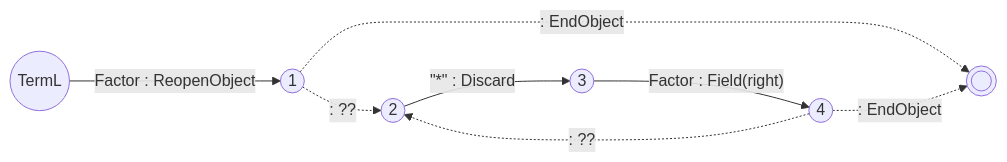
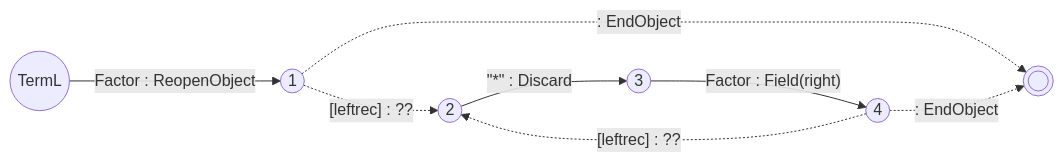
The seventh of 7 diagrams in Blog/GLR-Refactoring/Mermaid.md (vczh-websites/vczh), drawn with Mermaid before and after one commit.

````diff
--- a/Blog/GLR-Refactoring/Mermaid.md
+++ b/Blog/GLR-Refactoring/Mermaid.md
@@ -82,10 +82,10 @@
 ```mermaid
 graph LR
   S((TermL))-- Factor : ReopenObject --> 1
   1((1))-. : EndObject .->E((( )))
   2((2))-- #quot;*#quot; : Discard -->3
   3((3))-- Factor : Field(right) --> 4
   4((4))-. : EndObject .->E
-  1-. <leftrec> : ?? .->2
-  4-. <leftrec> : ?? .->2
+  1-. [leftrec] : ?? .->2
+  4-. [leftrec] : ?? .->2
 ```
````
